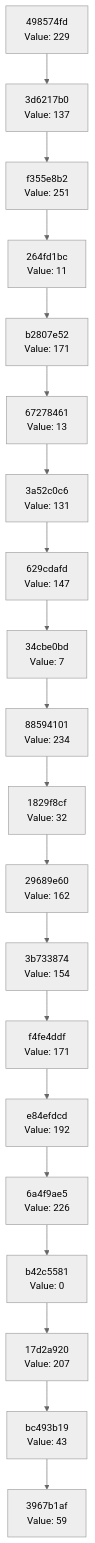
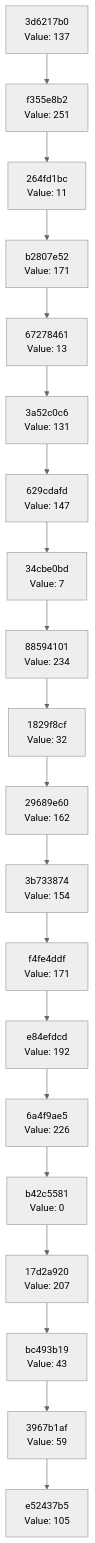
The diagram in docs/CHAIN_VISUALIZATION.md (Abhisheksinha1506/hash-chain-evolver), drawn with Mermaid (neutral theme) before and after one commit. The commit also changed 3 other files, not shown here.

````diff
--- a/docs/CHAIN_VISUALIZATION.md
+++ b/docs/CHAIN_VISUALIZATION.md
@@ -3,42 +3,42 @@
 ```mermaid
 graph TD
-    C0["3967b1af<br/>Value: 59"]
-    C1["bc493b19<br/>Value: 43"]
+    C0["e52437b5<br/>Value: 105"]
+    C1["3967b1af<br/>Value: 59"]
     C1 --> C0
-    C2["17d2a920<br/>Value: 207"]
+    C2["bc493b19<br/>Value: 43"]
     C2 --> C1
-    C3["b42c5581<br/>Value: 0"]
+    C3["17d2a920<br/>Value: 207"]
     C3 --> C2
-    C4["6a4f9ae5<br/>Value: 226"]
+    C4["b42c5581<br/>Value: 0"]
     C4 --> C3
-    C5["e84efdcd<br/>Value: 192"]
+    C5["6a4f9ae5<br/>Value: 226"]
     C5 --> C4
-    C6["f4fe4ddf<br/>Value: 171"]
+    C6["e84efdcd<br/>Value: 192"]
     C6 --> C5
-    C7["3b733874<br/>Value: 154"]
+    C7["f4fe4ddf<br/>Value: 171"]
     C7 --> C6
-    C8["29689e60<br/>Value: 162"]
+    C8["3b733874<br/>Value: 154"]
     C8 --> C7
-    C9["1829f8cf<br/>Value: 32"]
+    C9["29689e60<br/>Value: 162"]
     C9 --> C8
-    C10["88594101<br/>Value: 234"]
+    C10["1829f8cf<br/>Value: 32"]
     C10 --> C9
-    C11["34cbe0bd<br/>Value: 7"]
+    C11["88594101<br/>Value: 234"]
     C11 --> C10
-    C12["629cdafd<br/>Value: 147"]
+    C12["34cbe0bd<br/>Value: 7"]
     C12 --> C11
-    C13["3a52c0c6<br/>Value: 131"]
+    C13["629cdafd<br/>Value: 147"]
     C13 --> C12
-    C14["67278461<br/>Value: 13"]
+    C14["3a52c0c6<br/>Value: 131"]
     C14 --> C13
-    C15["b2807e52<br/>Value: 171"]
+    C15["67278461<br/>Value: 13"]
     C15 --> C14
-    C16["264fd1bc<br/>Value: 11"]
+    C16["b2807e52<br/>Value: 171"]
     C16 --> C15
-    C17["f355e8b2<br/>Value: 251"]
+    C17["264fd1bc<br/>Value: 11"]
     C17 --> C16
-    C18["3d6217b0<br/>Value: 137"]
+    C18["f355e8b2<br/>Value: 251"]
     C18 --> C17
-    C19["498574fd<br/>Value: 229"]
+    C19["3d6217b0<br/>Value: 137"]
     C19 --> C18
 ```
````
